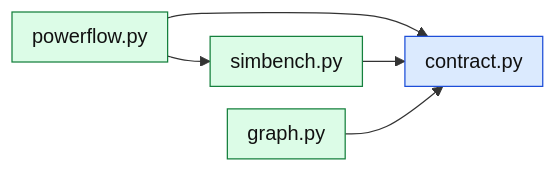
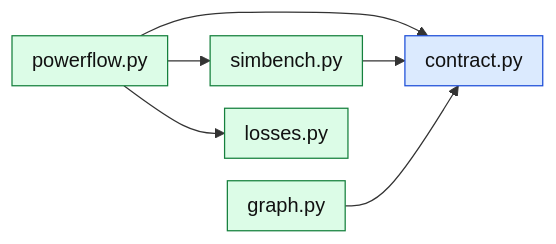
Before and after one commit to KevinRapo/P2P-thesis: the diagram in docs/methodology/architecture/packages/grid.md, drawn with Mermaid. The commit also changed other lines of this file and 22 other files, not shown here.

First line of the commit message:
MP-4j: losses shared from the power flow; the option pattern

````diff
--- a/docs/methodology/architecture/packages/grid.md
+++ b/docs/methodology/architecture/packages/grid.md
@@ -7,11 +7,12 @@
 ```mermaid
 %%{init: {"flowchart": {"rankSpacing": 34, "nodeSpacing": 18, "padding": 8}}}%%
 flowchart LR
   powerflow["powerflow.py"]:::code --> simbench["simbench.py"]:::code
   powerflow --> contract["contract.py"]:::data
   simbench --> contract
   graphmodel["graph.py"]:::code --> contract
+  powerflow --> losses["losses.py"]:::code
 
   classDef code fill:#dcfce7,stroke:#15803d,color:#111
   classDef data fill:#dbeafe,stroke:#1d4ed8,color:#111
 ```
````
